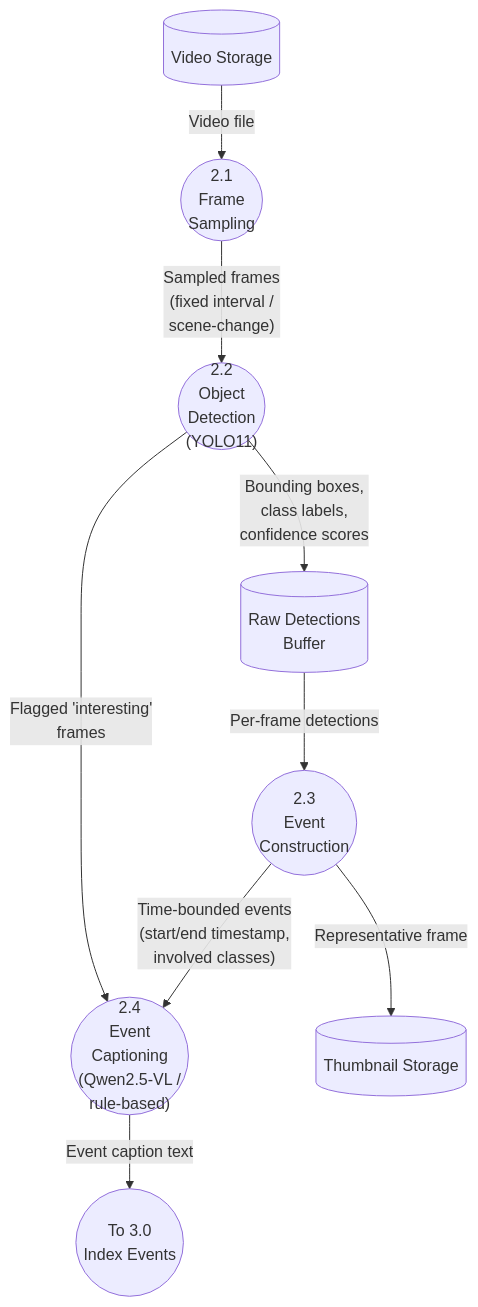
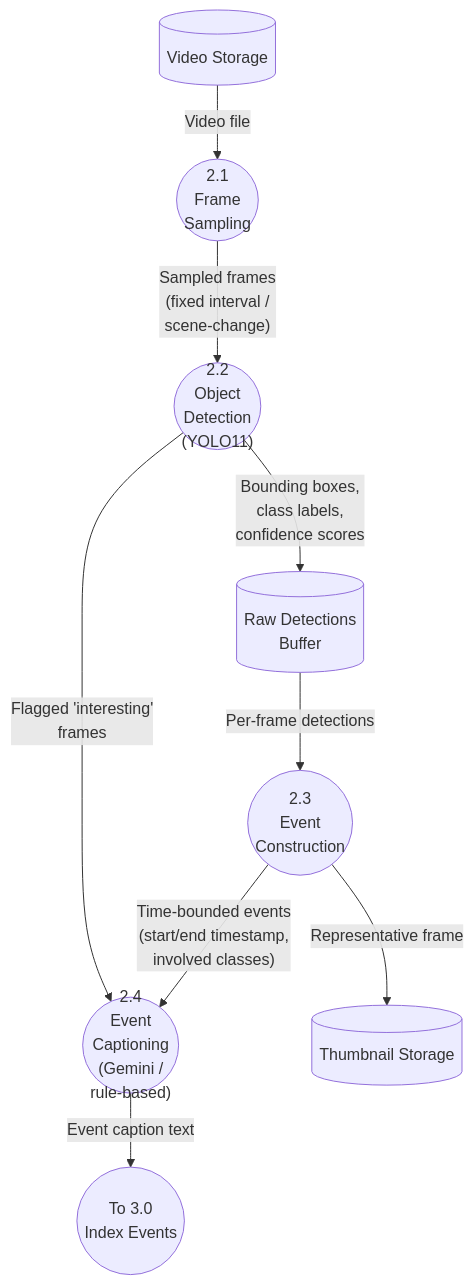
The third of 4 diagrams in DFD.md (soumya-xy/sentinalRAG), drawn with Mermaid before and after one commit. The commit also changed other lines of this file and 43 other files, not shown here.

````diff
--- a/DFD.md
+++ b/DFD.md
@@ -94,44 +103,44 @@
 ```mermaid
 flowchart TD
     DS1[(Video Storage)]
 
     P2_1(("2.1
     Frame
     Sampling"))
     P2_2(("2.2
     Object
     Detection
     (YOLO11)"))
     P2_3(("2.3
     Event
     Construction"))
     P2_4(("2.4
     Event
     Captioning
-    (Qwen2.5-VL /
+    (Gemini /
     rule-based)"))
 
     DS3[(Thumbnail Storage)]
     DS4[(Raw Detections
     Buffer)]
 
     DS1 -- "Video file" --> P2_1
     P2_1 -- "Sampled frames
     (fixed interval /
     scene-change)" --> P2_2
 
     P2_2 -- "Bounding boxes,
     class labels,
     confidence scores" --> DS4
     P2_2 -- "Flagged 'interesting'
     frames" --> P2_4
 
     DS4 -- "Per-frame detections" --> P2_3
     P2_3 -- "Time-bounded events
     (start/end timestamp,
     involved classes)" --> P2_4
     P2_3 -- "Representative frame" --> DS3
 
     P2_4 -- "Event caption text" --> P3_OUT(("To 3.0
     Index Events"))
 ```
````
